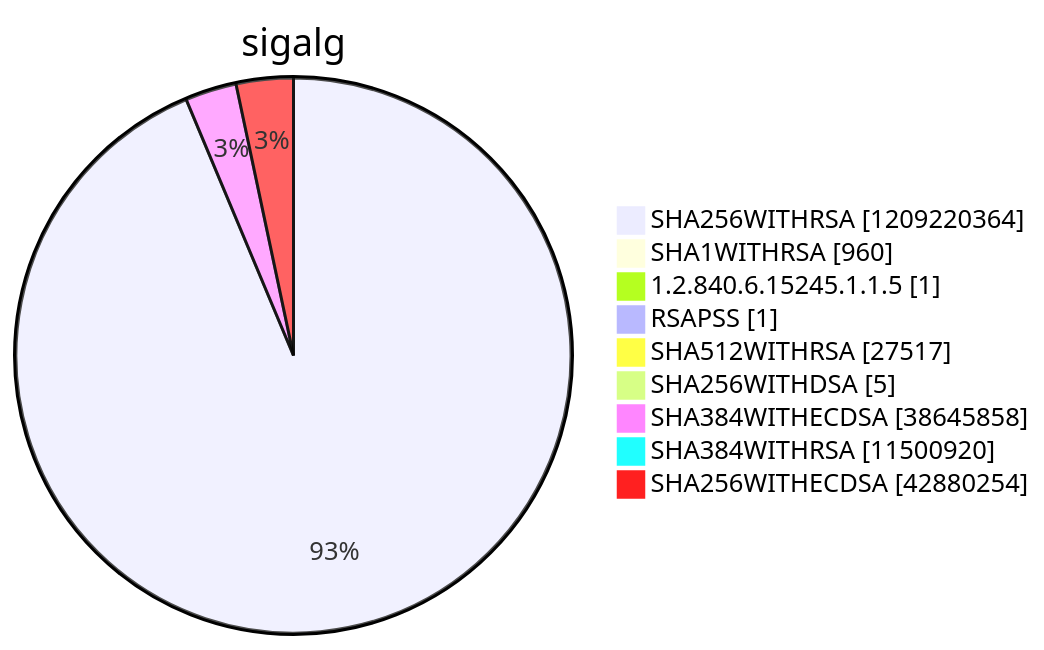
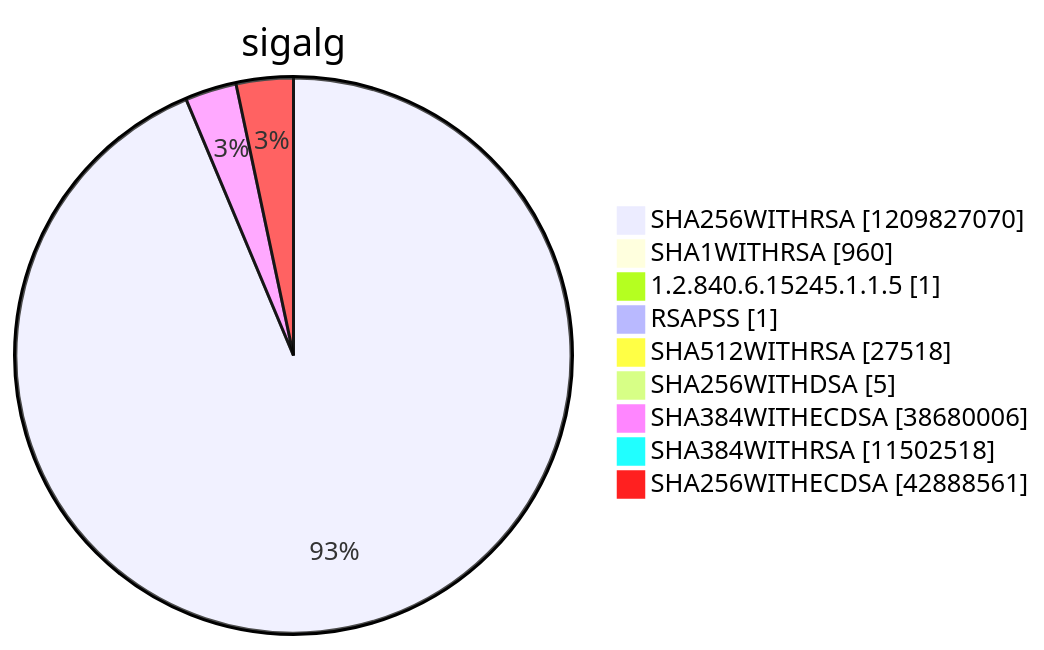
Before and after one commit to christiankrug/ctmonitor_visualization: diagram 15 of 15 in argon2022/README.md, drawn with Mermaid. The commit also changed other lines of this file, not shown here.

````diff
--- a/argon2022/README.md
+++ b/argon2022/README.md
@@ -5520,13 +5520,13 @@
 ```mermaid
 pie showData
 title sigalg
-"SHA256WITHRSA" :1209220364
+"SHA256WITHRSA" :1209827070
 "SHA1WITHRSA" :960
 "1.2.840.6.15245.1.1.5" :1
 "RSAPSS" :1
-"SHA512WITHRSA" :27517
+"SHA512WITHRSA" :27518
 "SHA256WITHDSA" :5
-"SHA384WITHECDSA" :38645858
-"SHA384WITHRSA" :11500920
-"SHA256WITHECDSA" :42880254
+"SHA384WITHECDSA" :38680006
+"SHA384WITHRSA" :11502518
+"SHA256WITHECDSA" :42888561
 ```
````
